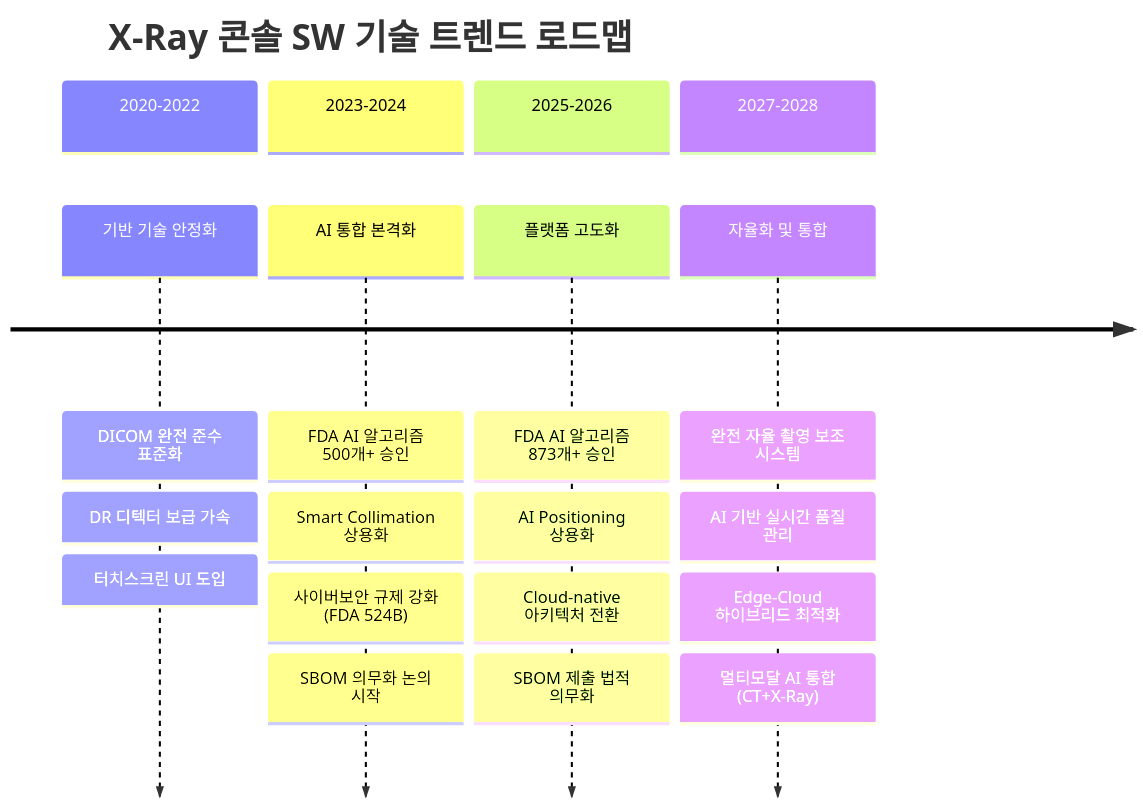
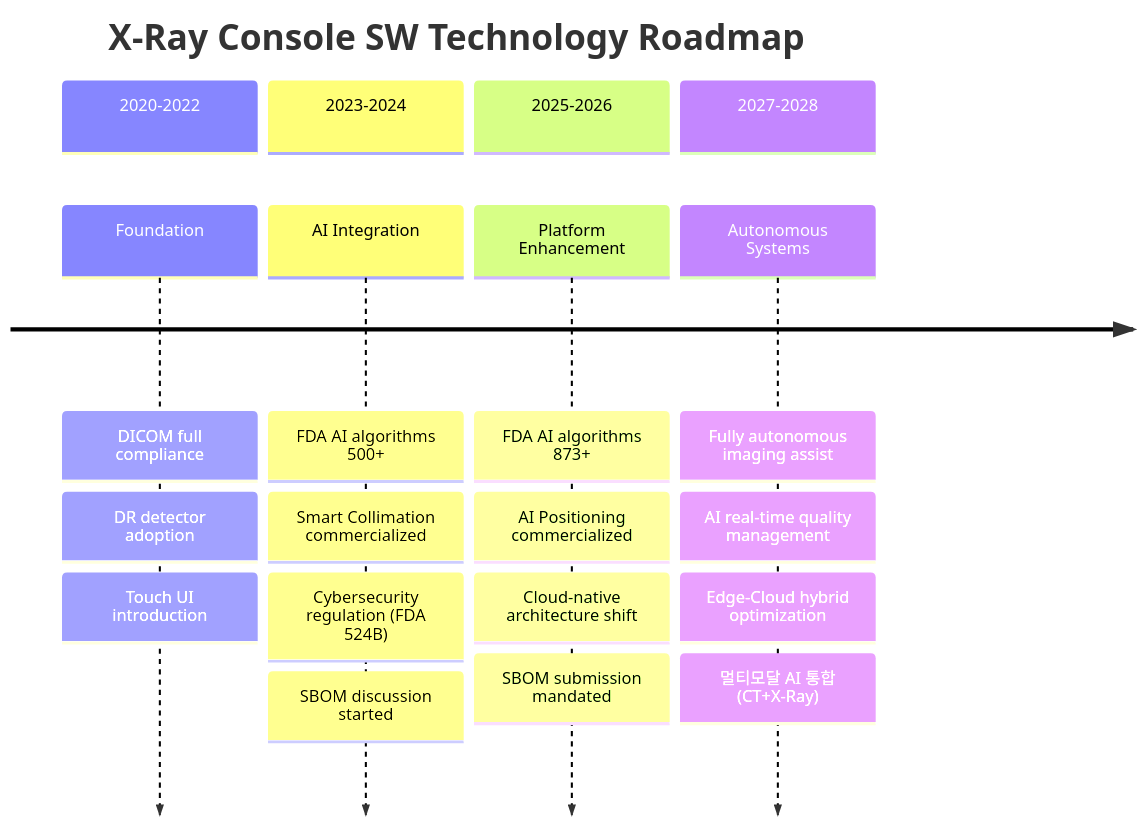
Before and after one commit to holee9/console-gui: the sixth of 7 diagrams in docs/planning/DOC-001_MRD_v2.0.md, drawn with Mermaid. The commit also changed other lines of this file, not shown here.

First line of the commit message:
Fix mermaid chart rendering: replace Korean labels with English

````diff
--- a/docs/planning/DOC-001_MRD_v2.0.md
+++ b/docs/planning/DOC-001_MRD_v2.0.md
@@ -847,27 +847,27 @@
 ```mermaid
 timeline
-    title X-Ray 콘솔 SW 기술 트렌드 로드맵
+    title X-Ray Console SW Technology Roadmap
     section 2020-2022
-        기반 기술 안정화
-            : DICOM 완전 준수 표준화
-            : DR 디텍터 보급 가속
-            : 터치스크린 UI 도입
+        Foundation
+            : DICOM full compliance
+            : DR detector adoption
+            : Touch UI introduction
     section 2023-2024
-        AI 통합 본격화
-            : FDA AI 알고리즘 500개+ 승인
-            : Smart Collimation 상용화
-            : 사이버보안 규제 강화 (FDA 524B)
-            : SBOM 의무화 논의 시작
+        AI Integration
+            : FDA AI algorithms 500+
+            : Smart Collimation commercialized
+            : Cybersecurity regulation (FDA 524B)
+            : SBOM discussion started
     section 2025-2026
-        플랫폼 고도화
-            : FDA AI 알고리즘 873개+ 승인
-            : AI Positioning 상용화
-            : Cloud-native 아키텍처 전환
-            : SBOM 제출 법적 의무화
+        Platform Enhancement
+            : FDA AI algorithms 873+
+            : AI Positioning commercialized
+            : Cloud-native architecture shift
+            : SBOM submission mandated
     section 2027-2028
-        자율화 및 통합
-            : 완전 자율 촬영 보조 시스템
-            : AI 기반 실시간 품질 관리
-            : Edge-Cloud 하이브리드 최적화
+        Autonomous Systems
+            : Fully autonomous imaging assist
+            : AI real-time quality management
+            : Edge-Cloud hybrid optimization
             : 멀티모달 AI 통합 (CT+X-Ray)
 ```
````
